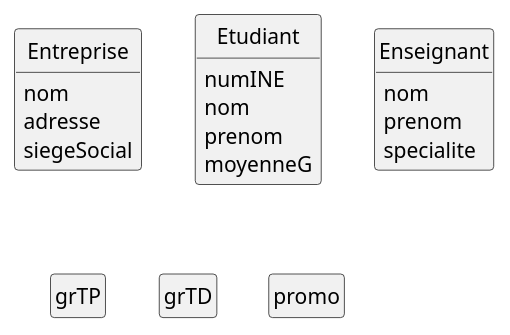
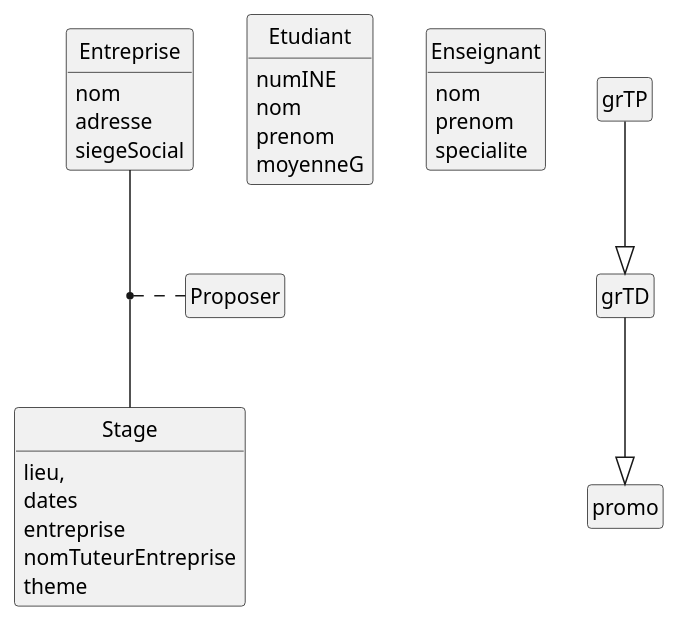
One commit to IUT-Blagnac/bcoo-NicolasIUT changed the diagram in TD03/TD3.1.1.plantuml. Above: the diagram before and after it, drawn with PlantUML.

```diff
--- a/TD03/TD3.1.1.plantuml
+++ b/TD03/TD3.1.1.plantuml
@@ -1,48 +1,64 @@
 @startuml TD3.1.1
 '--------------------------------
 ' Parametres pour le dessin
 '--------------------------------
 hide circle
 hide empty members
 hide empty methods
 '--------------------------------
 
 'usecase recenser as "Recenser les demandes de stage"
 
 class Entreprise {
   nom
   adresse
   siegeSocial
 }
 
 class Etudiant {
   numINE
   nom
   prenom
   moyenneG
 }
 
 class Enseignant {
   nom
   prenom
   specialite
 }
 
+class Stage {
+  lieu,
+  dates
+  entreprise
+  nomTuteurEntreprise
+  theme
+}
+
 class grTP {
   
 }
 
 class grTD {
   
 }
 
 class promo {
   
 }
 
+class Proposer {
+  
+}
 
+grTP --|> grTD
+grTD --|> promo
 
+Entreprise -- Stage
+
+(Entreprise, Stage) . Proposer
 
 
 
 @enduml
```
